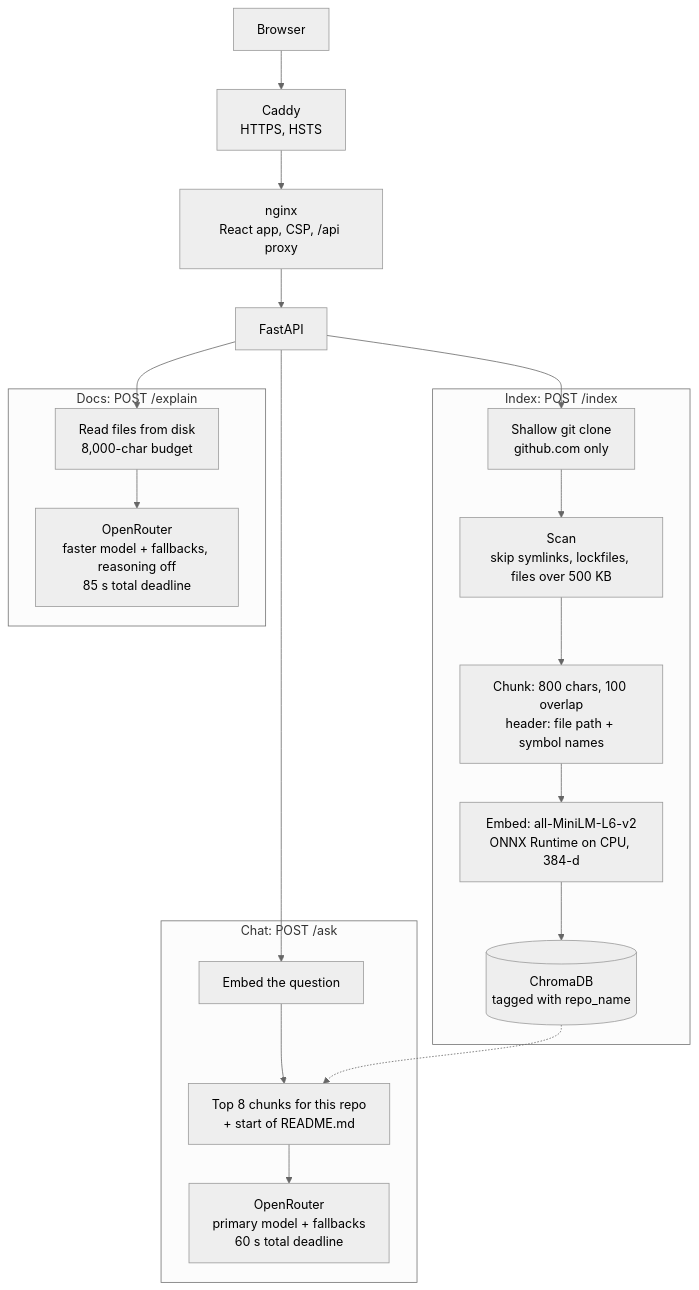
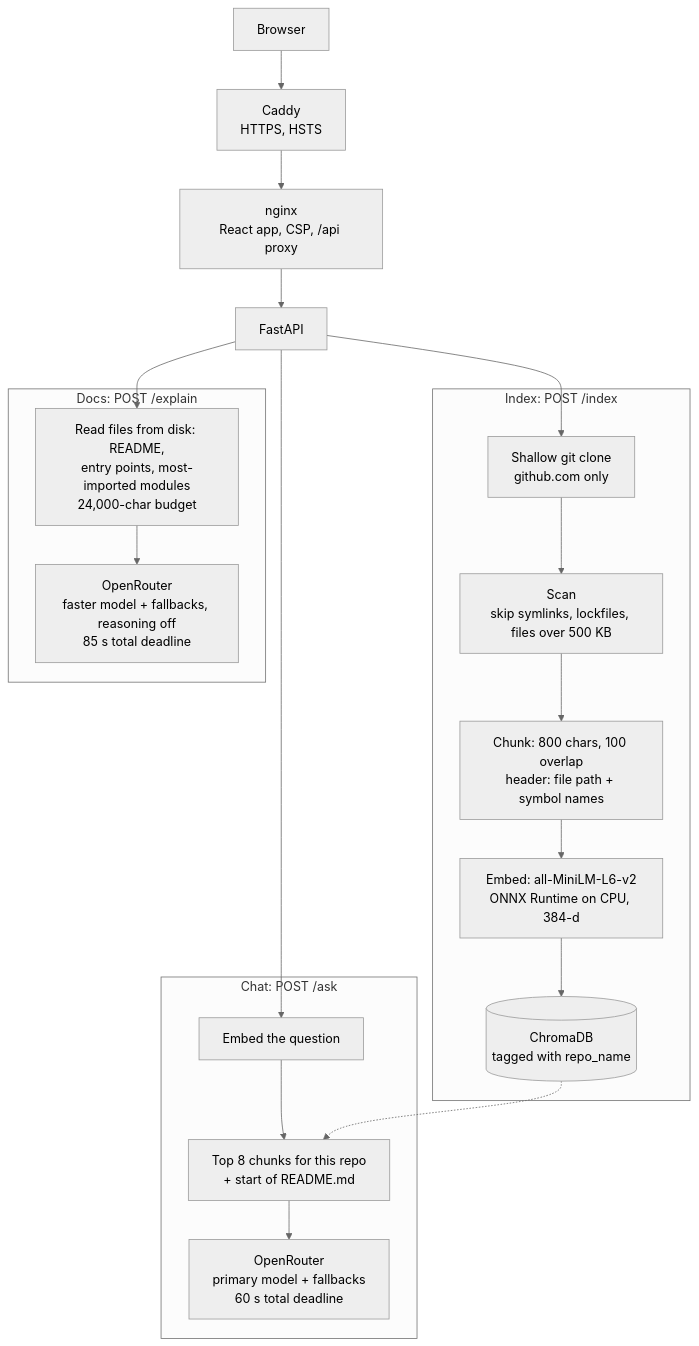
Before and after one commit to Digvijay-999/Codebase-Memory-Engine: the diagram in README.md, drawn with Mermaid. The commit also changed other lines of this file and 12 other files, not shown here.

First line of the commit message:
fix(docs-report): ground the architecture report in the repo's own code

````diff
--- a/README.md
+++ b/README.md
@@ -35,28 +35,28 @@
 ```mermaid
 %%{init: {'theme': 'neutral'}}%%
 flowchart TD
     B[Browser] --> C["Caddy<br/>HTTPS, HSTS"]
     C --> N["nginx<br/>React app, CSP, /api proxy"]
     N --> F[FastAPI]
 
     subgraph Index["Index: POST /index"]
         G["Shallow git clone<br/>github.com only"] --> S["Scan<br/>skip symlinks, lockfiles, files over 500 KB"]
         S --> K["Chunk: 800 chars, 100 overlap<br/>header: file path + symbol names"]
         K --> E["Embed: all-MiniLM-L6-v2<br/>ONNX Runtime on CPU, 384-d"]
         E --> D[("ChromaDB<br/>tagged with repo_name")]
     end
 
     subgraph Ask["Chat: POST /ask"]
         Q[Embed the question] --> R["Top 8 chunks for this repo<br/>+ start of README.md"]
         R --> L1["OpenRouter<br/>primary model + fallbacks<br/>60 s total deadline"]
     end
 
     subgraph Report["Docs: POST /explain"]
-        W["Read files from disk<br/>8,000-char budget"] --> L2["OpenRouter<br/>faster model + fallbacks, reasoning off<br/>85 s total deadline"]
+        W["Read files from disk: README,<br/>entry points, most-imported modules<br/>24,000-char budget"] --> L2["OpenRouter<br/>faster model + fallbacks, reasoning off<br/>85 s total deadline"]
     end
 
     F --> G
     F --> Q
     D -.-> R
     F --> W
 ```
````
